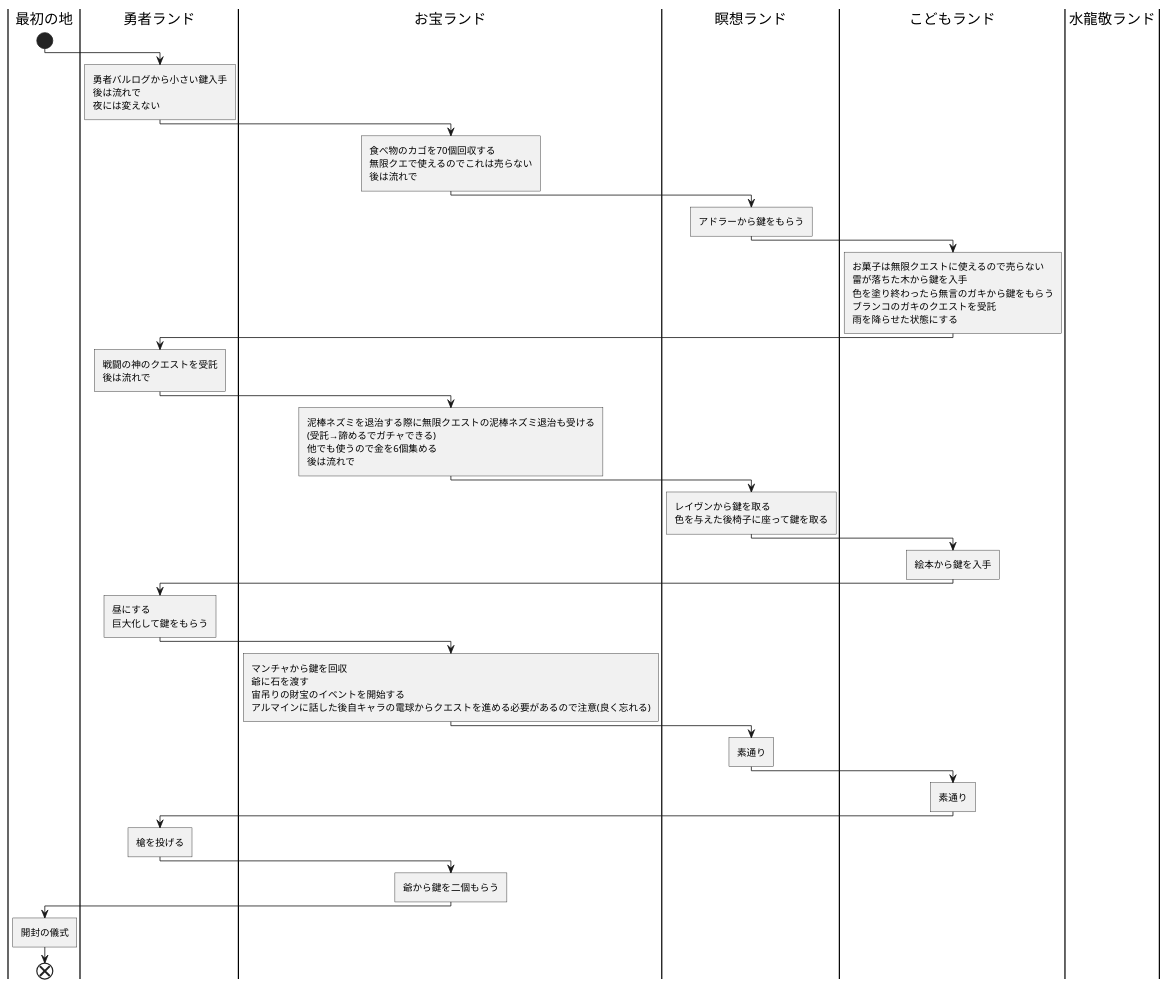
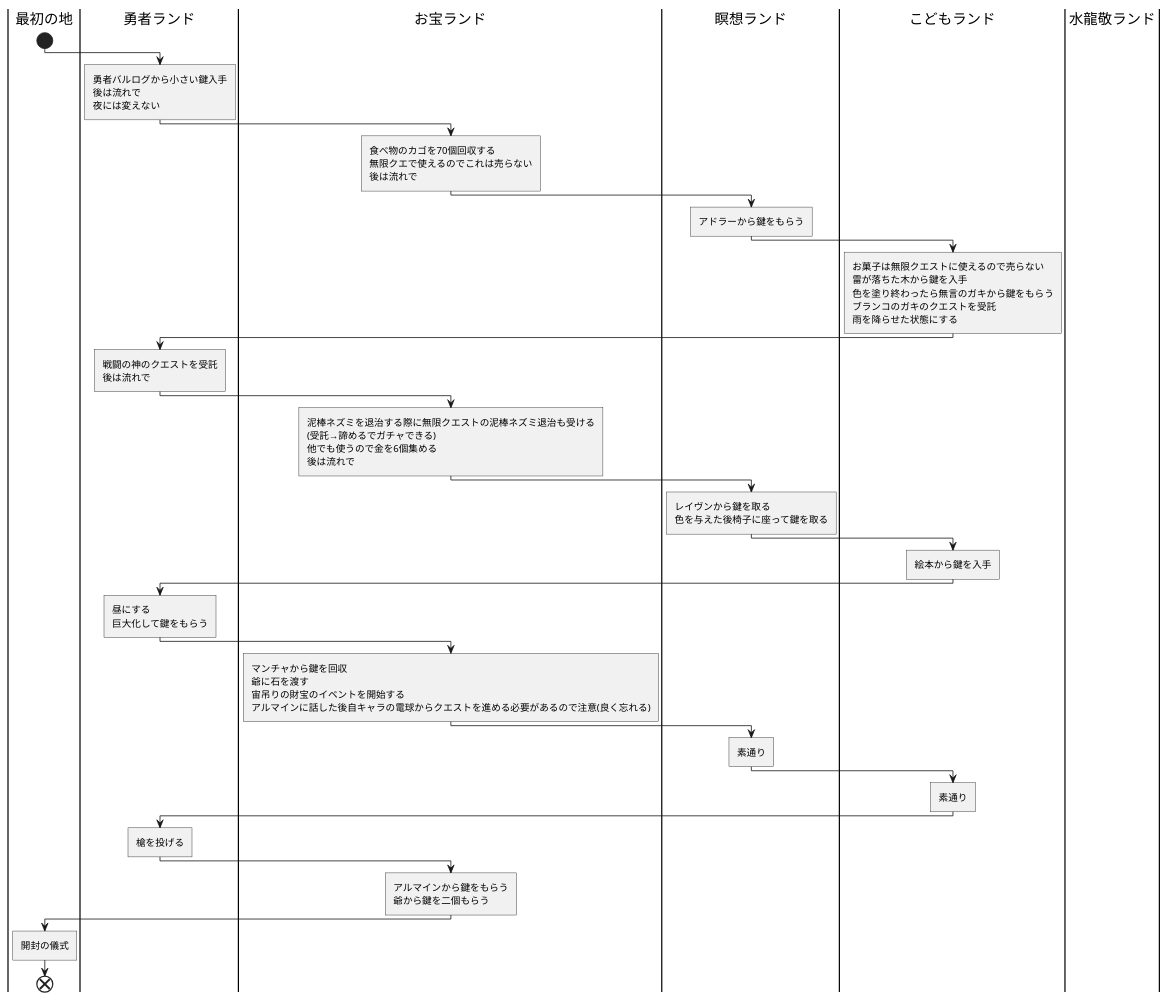
The diagram in アフターランド.puml (Star-Delta/PlantUML), drawn with PlantUML before and after one commit.

Commit message:
修正

```diff
--- a/アフターランド.puml
+++ b/アフターランド.puml
@@ -1,53 +1,54 @@
 @startuml アフターランド
     |最初の地|
     start
     |勇者ランド|
     :勇者バルログから小さい鍵入手
     後は流れで
     夜には変えない]
     |お宝ランド|
     :食べ物のカゴを70個回収する
     無限クエで使えるのでこれは売らない
     後は流れで]
     |瞑想ランド|
     :アドラーから鍵をもらう]
     |こどもランド|
     :お菓子は無限クエストに使えるので売らない
     雷が落ちた木から鍵を入手
     色を塗り終わったら無言のガキから鍵をもらう
     ブランコのガキのクエストを受託
     雨を降らせた状態にする]
     |勇者ランド|
     :戦闘の神のクエストを受託
     後は流れで]
     |お宝ランド|
     :泥棒ネズミを退治する際に無限クエストの泥棒ネズミ退治も受ける
     (受託→諦めるでガチャできる)
     他でも使うので金を6個集める
     後は流れで]
     |瞑想ランド|
     :レイヴンから鍵を取る
     色を与えた後椅子に座って鍵を取る]
     |こどもランド|
     :絵本から鍵を入手]    
     |勇者ランド|
     :昼にする
     巨大化して鍵をもらう]
     |お宝ランド|
     :マンチャから鍵を回収
     爺に石を渡す
     宙吊りの財宝のイベントを開始する
     アルマインに話した後自キャラの電球からクエストを進める必要があるので注意(良く忘れる)]
     |瞑想ランド|
     :素通り]
     |こどもランド|
     :素通り]
     |勇者ランド|
     :槍を投げる]
     |お宝ランド|
-    :爺から鍵を二個もらう]
+    :アルマインから鍵をもらう
+    爺から鍵を二個もらう]
     |最初の地|
     :開封の儀式]
     end
     |水龍敬ランド|
 @enduml
```
